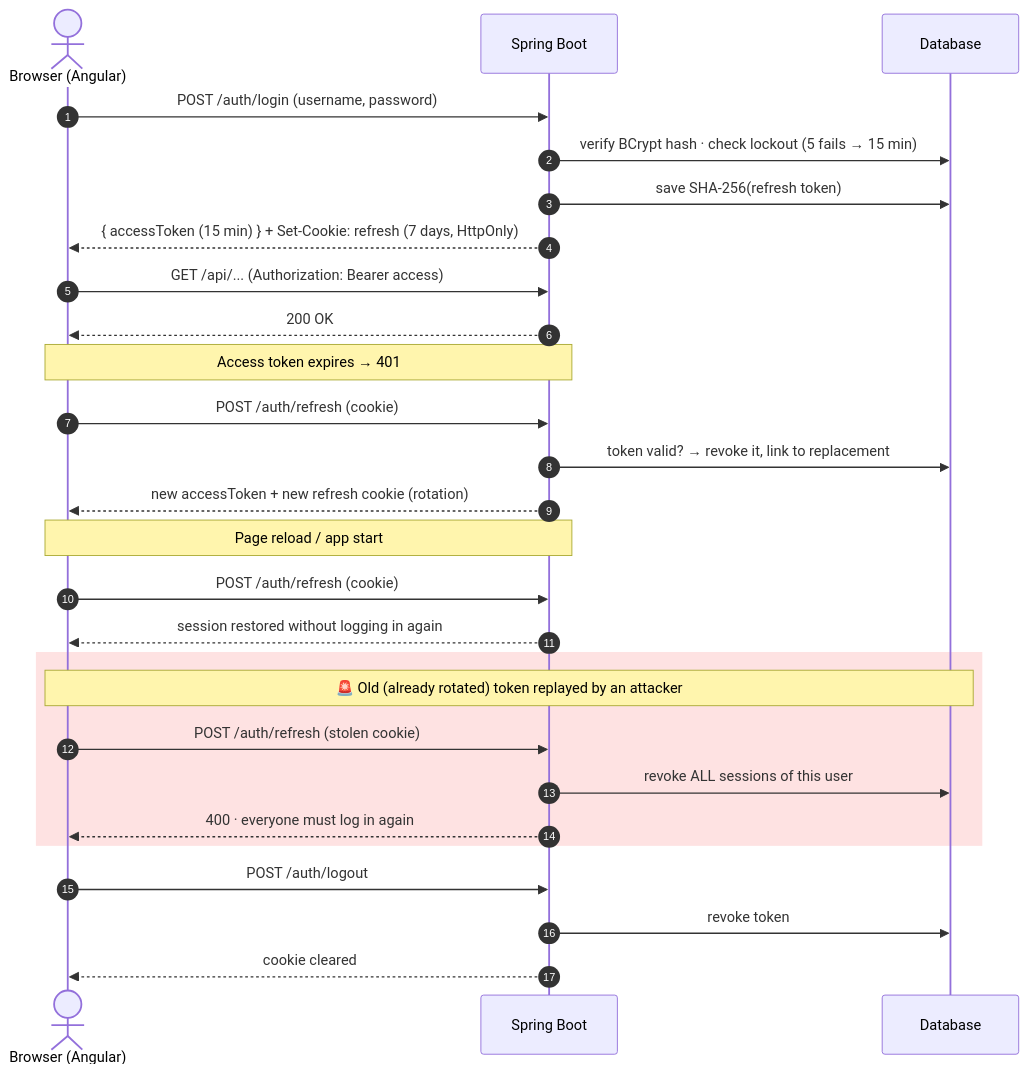
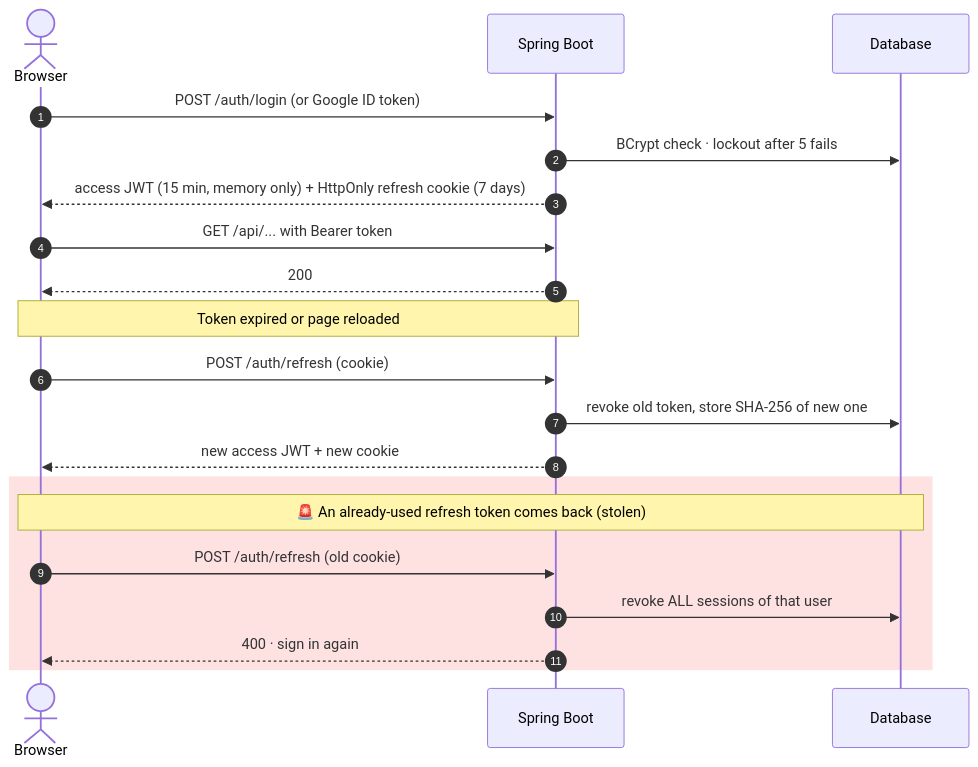
The fifth of 7 diagrams in README.md (ayukaushik1357-bit/HRGenius), drawn with Mermaid before and after one commit. The commit also changed other lines of this file, not shown here.

First line of the commit message:
docs: shorter README with new architecture diagrams

````diff
--- a/README.md
+++ b/README.md
@@ -121,35 +183,25 @@
 ```mermaid
 sequenceDiagram
     autonumber
-    actor U as Browser (Angular)
+    actor B as Browser
     participant API as Spring Boot
     participant DB as Database
 
-    U->>API: POST /auth/login (username, password)
-    API->>DB: verify BCrypt hash · check lockout (5 fails → 15 min)
-    API->>DB: save SHA-256(refresh token)
-    API-->>U: { accessToken (15 min) } + Set-Cookie: refresh (7 days, HttpOnly)
+    B->>API: POST /auth/login (or Google ID token)
+    API->>DB: BCrypt check · lockout after 5 fails
+    API-->>B: access JWT (15 min, memory only) + HttpOnly refresh cookie (7 days)
+    B->>API: GET /api/... with Bearer token
+    API-->>B: 200
 
-    U->>API: GET /api/... (Authorization: Bearer access)
-    API-->>U: 200 OK
-
-    Note over U,API: Access token expires → 401
-    U->>API: POST /auth/refresh (cookie)
-    API->>DB: token valid? → revoke it, link to replacement
-    API-->>U: new accessToken + new refresh cookie (rotation)
-
-    Note over U,API: Page reload / app start
-    U->>API: POST /auth/refresh (cookie)
-    API-->>U: session restored without logging in again
+    Note over B,API: Token expired or page reloaded
+    B->>API: POST /auth/refresh (cookie)
+    API->>DB: revoke old token, store SHA-256 of new one
+    API-->>B: new access JWT + new cookie
 
     rect rgb(254, 226, 226)
-    Note over U,DB: 🚨 Old (already rotated) token replayed by an attacker
-    U->>API: POST /auth/refresh (stolen cookie)
-    API->>DB: revoke ALL sessions of this user
-    API-->>U: 400 · everyone must log in again
+    Note over B,DB: 🚨 An already-used refresh token comes back (stolen)
+    B->>API: POST /auth/refresh (old cookie)
+    API->>DB: revoke ALL sessions of that user
+    API-->>B: 400 · sign in again
     end
-
-    U->>API: POST /auth/logout
-    API->>DB: revoke token
-    API-->>U: cookie cleared
 ```
````
